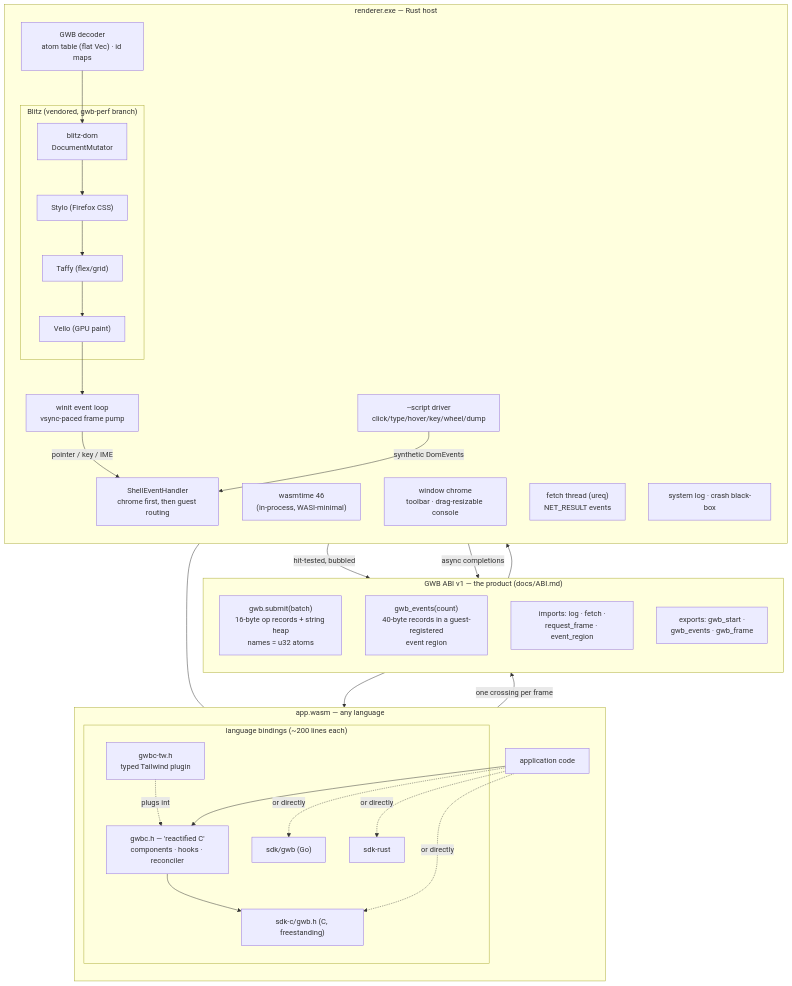
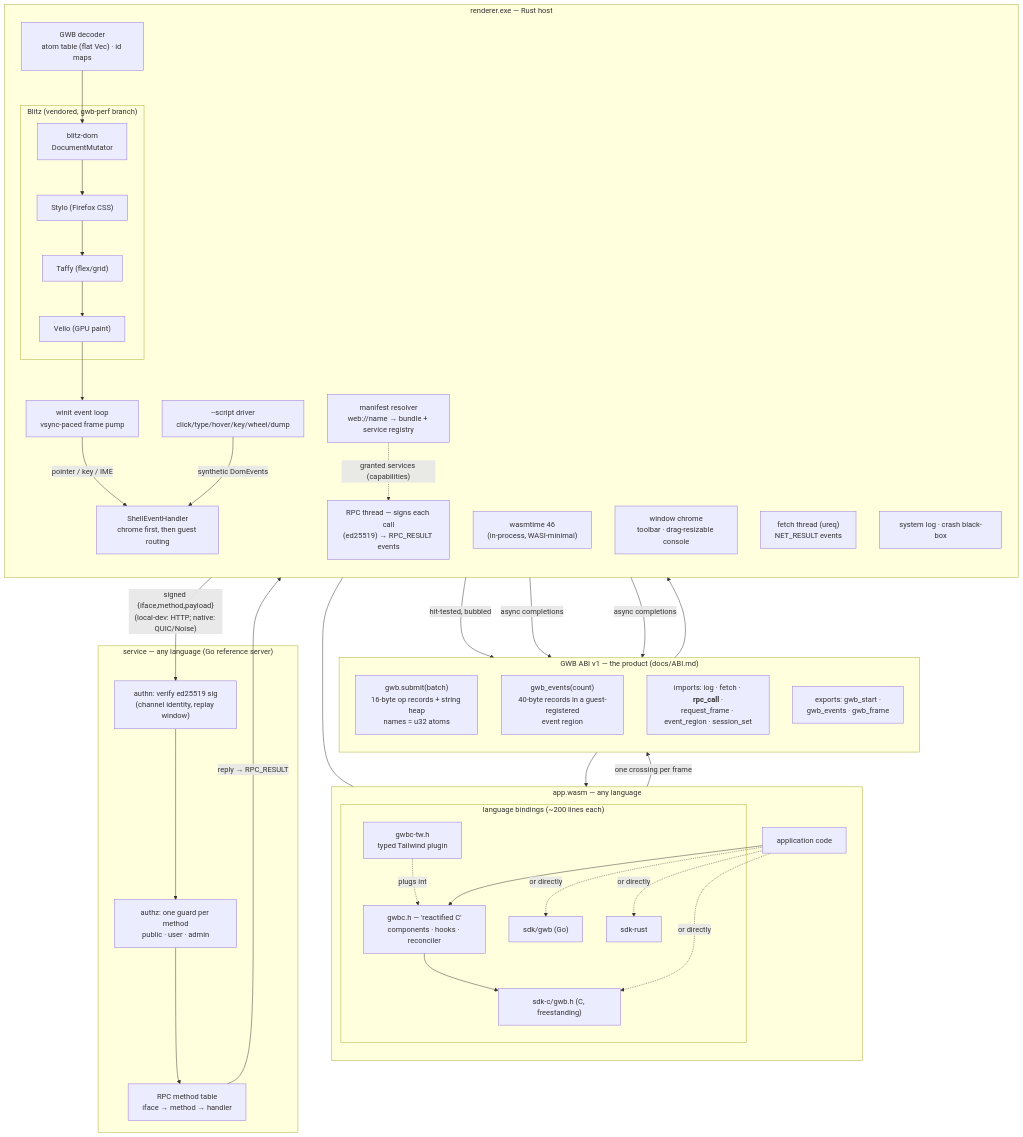
Before and after one commit to monstercameron/WASIBrowser: the diagram in README.md, drawn with Mermaid. The commit also changed other lines of this file, not shown here.

First line of the commit message:
readme: document the RPC-interconnect / client-server work (WebNext §4)

````diff
--- a/README.md
+++ b/README.md
@@ -27,55 +27,68 @@
 ```mermaid
 flowchart TB
     subgraph GUEST["app.wasm — any language"]
         direction TB
         APP["application code"]
         subgraph SDKS["language bindings (~200 lines each)"]
             GWBC["gwbc.h — 'reactified C'<br/>components · hooks · reconciler"]
             TW["gwbc-tw.h<br/>typed Tailwind plugin"]
             GO["sdk/gwb (Go)"]
             RS["sdk-rust"]
             CH["sdk-c/gwb.h (C, freestanding)"]
         end
         APP --> GWBC
         TW -.plugs into.-> GWBC
         GWBC --> CH
         APP -.or directly.-> GO & RS & CH
     end
 
     subgraph ABI["GWB ABI v1 — the product (docs/ABI.md)"]
         direction TB
         SUBMIT["gwb.submit(batch)<br/>16-byte op records + string heap<br/>names = u32 atoms"]
         EVENTS["gwb_events(count)<br/>40-byte records in a guest-registered<br/>event region"]
-        IMPORTS["imports: log · fetch ·<br/>request_frame · event_region"]
+        IMPORTS["imports: log · fetch · <b>rpc_call</b> ·<br/>request_frame · event_region · session_set"]
         EXPORTS["exports: gwb_start ·<br/>gwb_events · gwb_frame"]
     end
 
     subgraph HOST["renderer.exe — Rust host"]
         direction TB
         WT["wasmtime 46<br/>(in-process, WASI-minimal)"]
         DEC["GWB decoder<br/>atom table (flat Vec) · id maps"]
         SHELL["ShellEventHandler<br/>chrome first, then guest routing"]
         CHROME["window chrome<br/>toolbar · drag-resizable console"]
         NET["fetch thread (ureq)<br/>NET_RESULT events"]
+        RPC["RPC thread — signs each call<br/>(ed25519) → RPC_RESULT events"]
+        RESOLVE["manifest resolver<br/>web://name → bundle + service registry"]
         SCRIPT["--script driver<br/>click/type/hover/key/wheel/dump"]
         LOGS["system log · crash black-box"]
         subgraph ENGINE["Blitz (vendored, gwb-perf branch)"]
             DOM["blitz-dom<br/>DocumentMutator"]
             STYLO["Stylo (Firefox CSS)"]
             TAFFY["Taffy (flex/grid)"]
             VELLO["Vello (GPU paint)"]
             DOM --> STYLO --> TAFFY --> VELLO
         end
         WINIT["winit event loop<br/>vsync-paced frame pump"]
     end
 
+    subgraph SERVICE["service — any language (Go reference server)"]
+        SVC["RPC method table<br/>iface → method → handler"]
+        AUTHN["authn: verify ed25519 sig<br/>(channel identity, replay window)"]
+        AUTHZ["authz: one guard per method<br/>public · user · admin"]
+        AUTHN --> AUTHZ --> SVC
+    end
+
     CH -- "one crossing per frame" --> SUBMIT
     SUBMIT --> DEC --> DOM
     WINIT -- "pointer / key / IME" --> SHELL
     SHELL -- "hit-tested, bubbled" --> EVENTS
     EVENTS --> APP
     NET -- "async completions" --> EVENTS
+    RPC -- "signed {iface,method,payload}<br/>(local-dev: HTTP; native: QUIC/Noise)" --> AUTHN
+    SVC -- "reply → RPC_RESULT" --> RPC
+    RPC -- "async completions" --> EVENTS
+    RESOLVE -. "granted services (capabilities)" .-> RPC
     SCRIPT -- "synthetic DomEvents" --> SHELL
     WT --- CH
     VELLO --> WINIT
 ```
````
